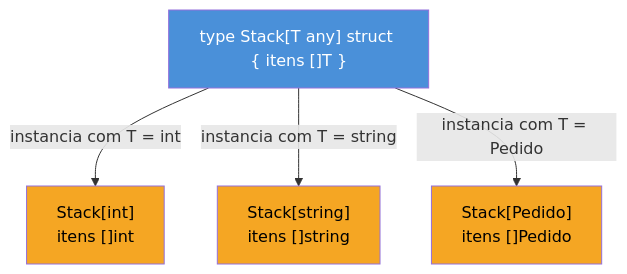
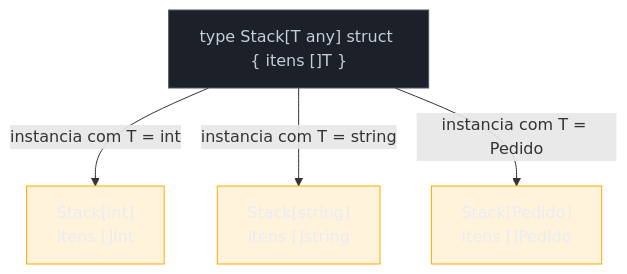
Before and after one commit to josenaldo/codex-technomanticus: the first of 2 diagrams in 03-Dominios/Tecnologia/Go/06 - Generics/04 - Tipos genéricos.md, drawn with Mermaid. The commit also changed other lines of this file and 1181 other files, not shown here.

First line of the commit message:
fix(diagramas): paleta do sistema no lugar de cor cravada no markdown

````diff
--- a/03-Dominios/Tecnologia/Go/06 - Generics/04 - Tipos genéricos.md
+++ b/03-Dominios/Tecnologia/Go/06 - Generics/04 - Tipos genéricos.md
@@ -48,12 +48,14 @@
 ```mermaid
 flowchart TB
+    classDef neutro fill:#1B2029,stroke:#4E5666,color:#C6CCD8
+    classDef destaque fill:#FFAA0024,stroke:#FFAA00,color:#E9ECF2
     G["type Stack[T any] struct { itens []T }"]
     G -->|"instancia com T = int"| A["Stack[int]\nitens []int"]
     G -->|"instancia com T = string"| B["Stack[string]\nitens []string"]
     G -->|"instancia com T = Pedido"| C["Stack[Pedido]\nitens []Pedido"]
 
-    style G fill:#4A90D9,color:#fff
-    style A fill:#F5A623,color:#000
-    style B fill:#F5A623,color:#000
-    style C fill:#F5A623,color:#000
+    class G neutro
+    class A destaque
+    class B destaque
+    class C destaque
 ```
````
